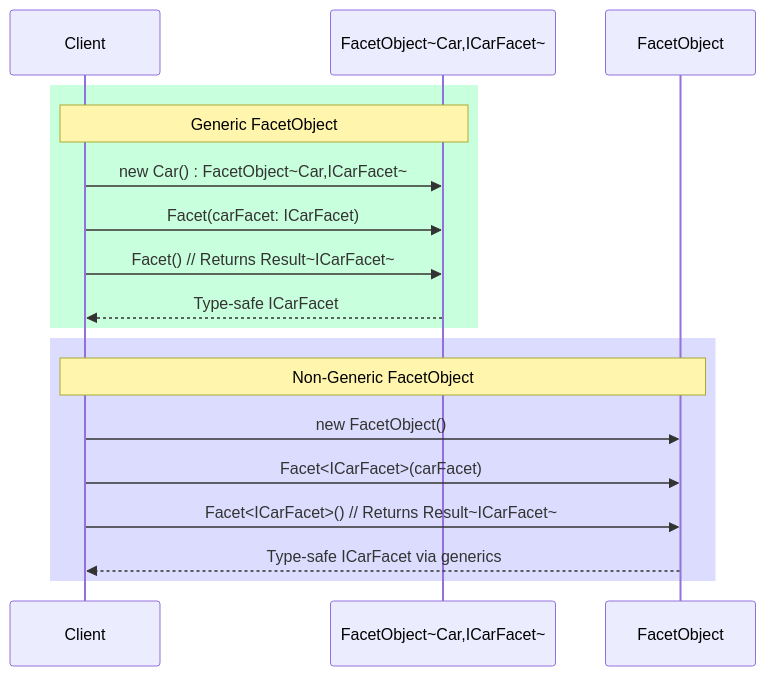
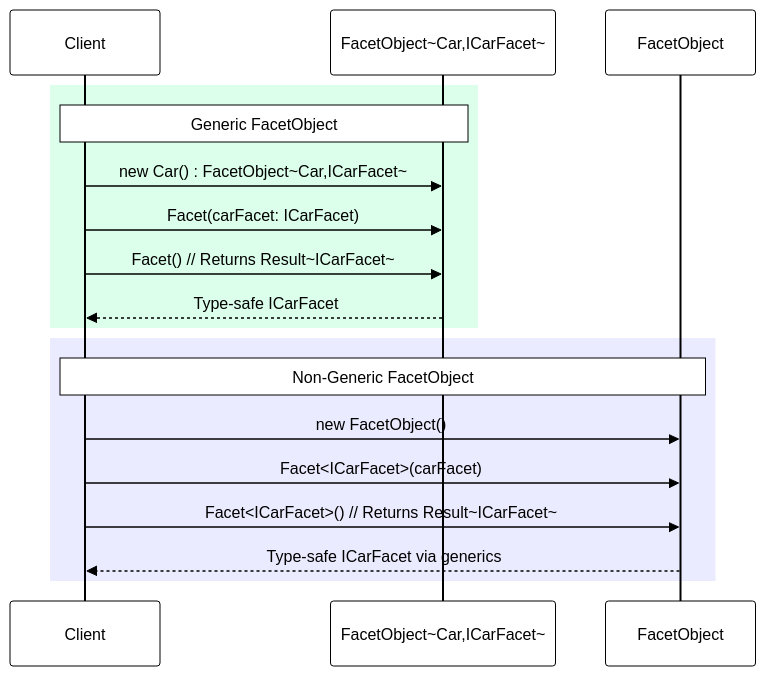
One commit to FrenchExDev/FrenchExDev.Net changed the sixth of 6 diagrams in Object.Biz/doc/ARCHITECTURE.md. Above: the diagram before and after it, drawn with Mermaid. The commit also changed other lines of this file and 1 other file, not shown here.

````diff
--- a/Object.Biz/doc/ARCHITECTURE.md
+++ b/Object.Biz/doc/ARCHITECTURE.md
@@ -238,22 +240,23 @@
 ```mermaid
+%%{init: {'theme':'base', 'themeVariables': { 'primaryColor':'#fff','primaryTextColor':'#000','primaryBorderColor':'#000','lineColor':'#000','secondaryColor':'#f4f4f4','tertiaryColor':'#f4f4f4','noteTextColor':'#000','noteBkgColor':'#fff','noteBorderColor':'#000','actorTextColor':'#000','actorLineColor':'#000','signalColor':'#000','signalTextColor':'#000','labelBoxBkgColor':'#f4f4f4','labelBoxBorderColor':'#000','labelTextColor':'#000','loopTextColor':'#000','activationBorderColor':'#000','activationBkgColor':'#f4f4f4','sequenceNumberColor':'#000'}}}%%
 sequenceDiagram
     participant Client
     participant GenericCar as FacetObject~Car,ICarFacet~
     participant NonGenericCar as FacetObject
     
-    rect rgb(200, 255, 220)
+    rect rgb(220, 255, 235)
     Note over Client,GenericCar: Generic FacetObject
     Client->>GenericCar: new Car() : FacetObject~Car,ICarFacet~
     Client->>GenericCar: Facet(carFacet: ICarFacet)
     Client->>GenericCar: Facet() // Returns Result~ICarFacet~
     GenericCar-->>Client: Type-safe ICarFacet
     end
     
-    rect rgb(220, 220, 255)
+    rect rgb(235, 235, 255)
     Note over Client,NonGenericCar: Non-Generic FacetObject
     Client->>NonGenericCar: new FacetObject()
     Client->>NonGenericCar: Facet<ICarFacet>(carFacet)
     Client->>NonGenericCar: Facet<ICarFacet>() // Returns Result~ICarFacet~
     NonGenericCar-->>Client: Type-safe ICarFacet via generics
     end
 ```
````
